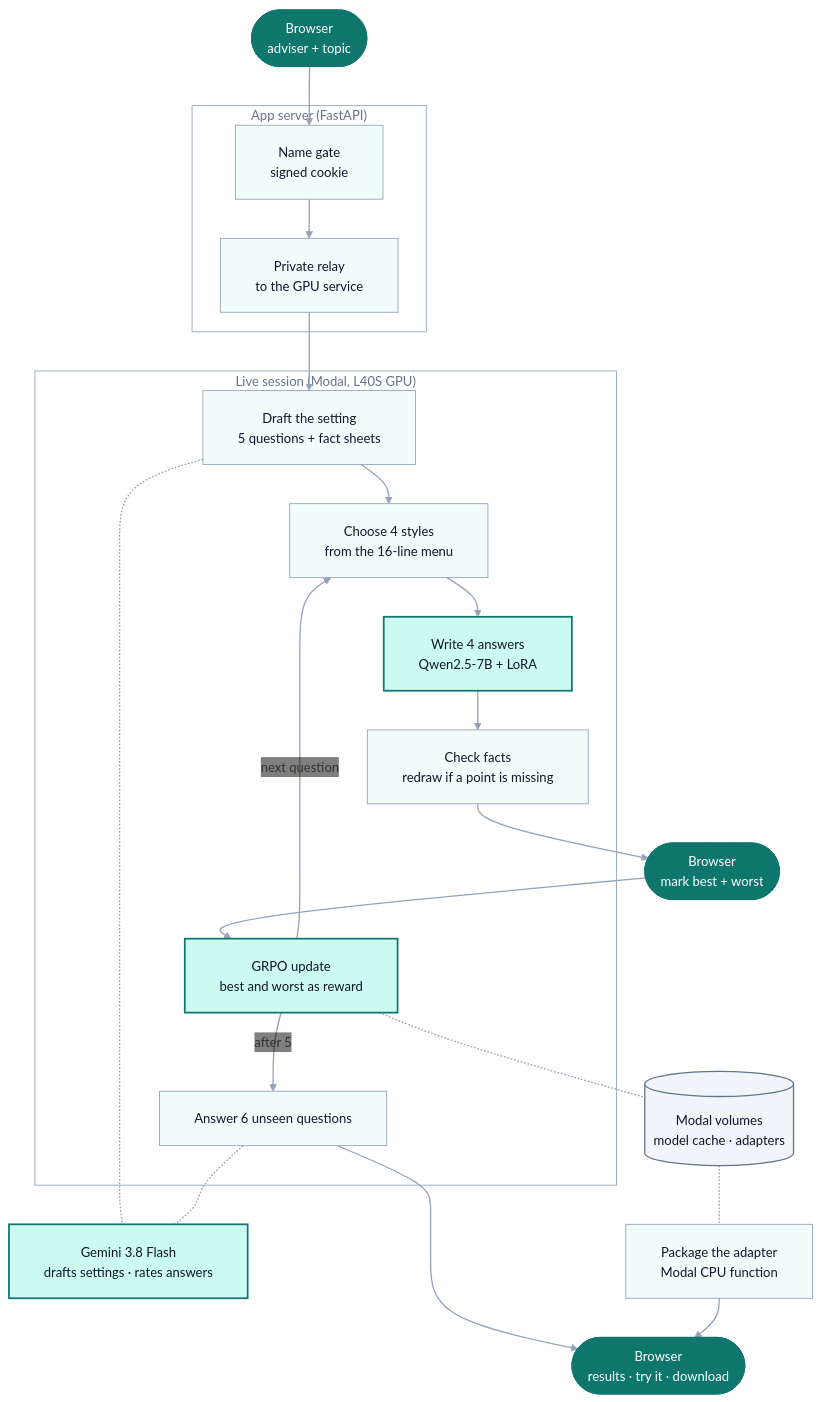
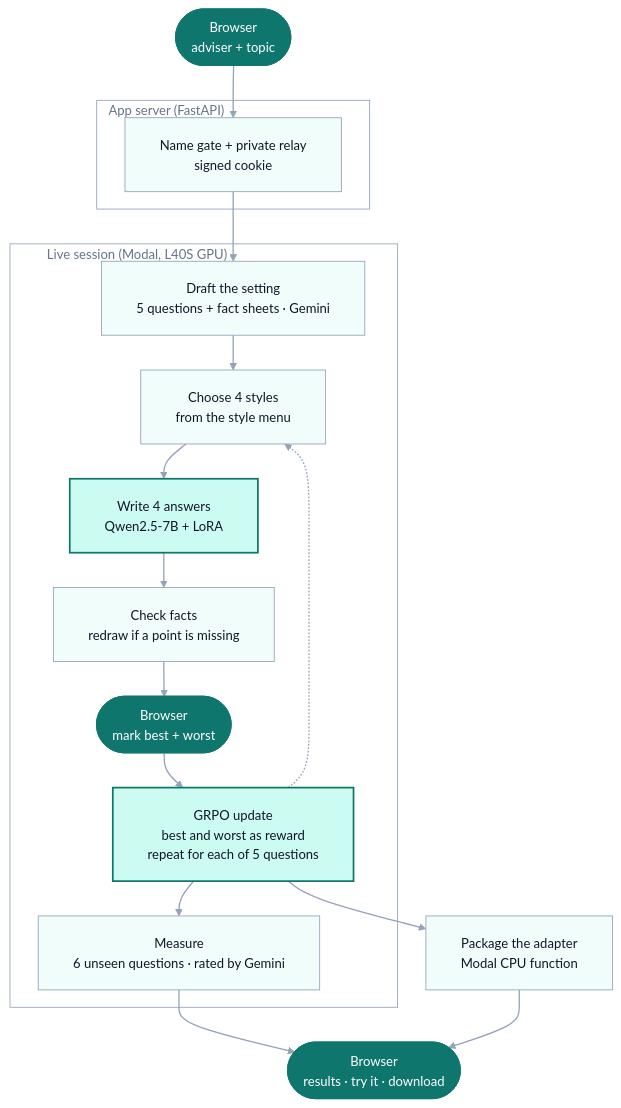
The diagram in README.md (jessecui/attune), drawn with Mermaid before and after one commit. The commit also changed other lines of this file, not shown here.

Commit message:
Simpler architecture diagram that reads in dark mode

````diff
--- a/README.md
+++ b/README.md
@@ -41,45 +41,38 @@
 ```mermaid
-%%{init: {"theme": "base", "themeVariables": {"fontSize": "15px", "lineColor": "#94a3b8", "textColor": "#64748b", "clusterBkg": "transparent", "clusterBorder": "#94a3b8", "titleColor": "#64748b", "edgeLabelBackground": "transparent"}, "flowchart": {"curve": "basis", "nodeSpacing": 45, "rankSpacing": 45, "padding": 20, "wrappingWidth": 400}}}%%
+%%{init: {"theme": "base", "themeVariables": {"fontSize": "15px", "lineColor": "#94a3b8", "textColor": "#64748b", "clusterBkg": "transparent", "clusterBorder": "#94a3b8", "titleColor": "#64748b"}, "flowchart": {"curve": "basis", "nodeSpacing": 45, "rankSpacing": 40, "padding": 20, "wrappingWidth": 400}}}%%
 flowchart TB
     UI(["Browser<br/>adviser + topic"])
 
-    subgraph APP["#nbsp;#nbsp;#nbsp;#nbsp;#nbsp;#nbsp;#nbsp;#nbsp;App server (FastAPI)#nbsp;#nbsp;#nbsp;#nbsp;#nbsp;#nbsp;#nbsp;#nbsp;"]
-        A["Name gate<br/>signed cookie"] --> RL["Private relay<br/>to the GPU service"]
+    subgraph APP["App server (FastAPI)#nbsp;#nbsp;#nbsp;#nbsp;#nbsp;#nbsp;#nbsp;#nbsp;#nbsp;#nbsp;#nbsp;#nbsp;#nbsp;#nbsp;#nbsp;#nbsp;#nbsp;#nbsp;#nbsp;#nbsp;#nbsp;#nbsp;#nbsp;#nbsp;#nbsp;#nbsp;#nbsp;#nbsp;#nbsp;#nbsp;#nbsp;#nbsp;#nbsp;#nbsp;#nbsp;#nbsp;#nbsp;#nbsp;#nbsp;#nbsp;"]
+        A["Name gate + private relay<br/>signed cookie"]
     end
 
-    subgraph LIVE["#nbsp;#nbsp;#nbsp;#nbsp;#nbsp;#nbsp;#nbsp;#nbsp;Live session (Modal, L40S GPU)#nbsp;#nbsp;#nbsp;#nbsp;#nbsp;#nbsp;#nbsp;#nbsp;"]
-        D["Draft the setting<br/>5 questions + fact sheets"] --> C["Choose 4 styles<br/>from the 16-line menu"]
-        C --> W["Write 4 answers<br/>Qwen2.5-7B + LoRA"]
-        W --> F["Check facts<br/>redraw if a point is missing"]
-        U["GRPO update<br/>best and worst as reward"] -->|next question| C
-        U -->|after 5| M["Answer 6 unseen questions"]
+    subgraph LIVE["Live session (Modal, L40S GPU)#nbsp;#nbsp;#nbsp;#nbsp;#nbsp;#nbsp;#nbsp;#nbsp;#nbsp;#nbsp;#nbsp;#nbsp;#nbsp;#nbsp;#nbsp;#nbsp;#nbsp;#nbsp;#nbsp;#nbsp;#nbsp;#nbsp;#nbsp;#nbsp;#nbsp;#nbsp;#nbsp;#nbsp;#nbsp;#nbsp;#nbsp;#nbsp;#nbsp;#nbsp;#nbsp;#nbsp;#nbsp;#nbsp;#nbsp;#nbsp;"]
+        D["Draft the setting<br/>5 questions + fact sheets · Gemini"]
+        C["Choose 4 styles<br/>from the style menu"]
+        W["Write 4 answers<br/>Qwen2.5-7B + LoRA"]
+        F["Check facts<br/>redraw if a point is missing"]
+        PICK(["Browser<br/>mark best + worst"])
+        U["GRPO update<br/>best and worst as reward<br/>repeat for each of 5 questions"]
+        M["Measure<br/>6 unseen questions · rated by Gemini"]
+        D --> C --> W --> F --> PICK --> U
+        U -.-> C
+        U --> M
     end
 
-    PICK(["Browser<br/>mark best + worst"])
-    G["Gemini 3.8 Flash<br/>drafts settings · rates answers"]
     PKG["Package the adapter<br/>Modal CPU function"]
-    VOL[("Modal volumes<br/>model cache · adapters")]
     OUT(["Browser<br/>results · try it · download"])
 
-    UI --> A
-    RL --> D
-    F --> PICK
-    PICK --> U
-    D -.- G
-    M -.- G
+    UI --> A --> D
     M --> OUT
-    U -.- VOL
-    VOL -.- PKG
-    PKG --> OUT
+    U --> PKG --> OUT
 
     classDef step fill:#f0fdfa,stroke:#94a3b8,stroke-width:1px,color:#0f172a
     classDef model fill:#ccfbf1,stroke:#0f766e,stroke-width:2px,color:#0f172a
-    classDef store fill:#f1f5f9,stroke:#64748b,stroke-width:1.5px,color:#0f172a
     classDef client fill:#0f766e,stroke:#0f766e,color:#ffffff
 
-    class A,RL,D,C,F,M,PKG step
-    class W,U,G model
-    class VOL store
+    class A,D,C,F,M,PKG step
+    class W,U model
     class UI,PICK,OUT client
     linkStyle default stroke:#94a3b8,stroke-width:1.5px
 ```
````
